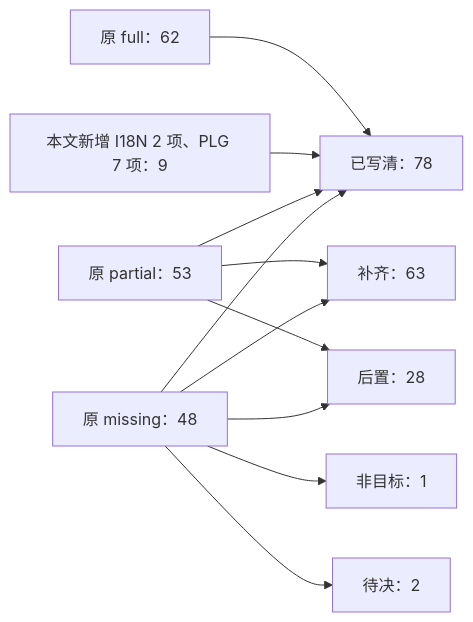
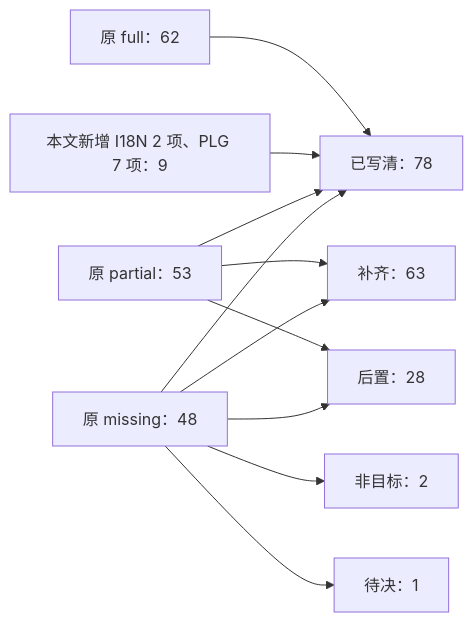
The fourth of 35 diagrams in docs/50-frontend/18-editor-capabilities.md (Xeonice/cordis-ppt-editor), drawn with Mermaid before and after one commit. The commit also changed other lines of this file and 25 other files, not shown here.

````diff
--- a/docs/50-frontend/18-editor-capabilities.md
+++ b/docs/50-frontend/18-editor-capabilities.md
@@ -155,13 +167,13 @@
 ```mermaid
 flowchart LR
   full["原 full：62"] --> done["已写清：78"]
   added["本文新增 I18N 2 项、PLG 7 项：9"] --> done
   partial["原 partial：53"] --> done
   partial --> fill["补齐：63"]
   partial --> later["后置：28"]
   missing["原 missing：48"] --> done
   missing --> fill
   missing --> later
-  missing --> ng["非目标：1"]
-  missing --> tbd["待决：2"]
+  missing --> ng["非目标：2"]
+  missing --> tbd["待决：1"]
 ```
````
